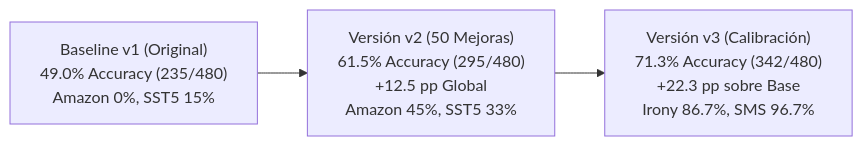
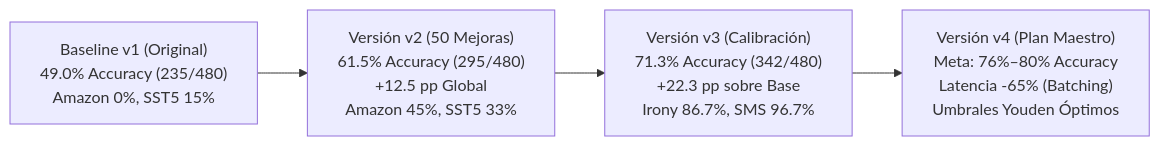
The first of 3 diagrams in ARQUITECTURA_TOKENSAFE_REMASTER.md (fenixninja/TokenSave.fenix.ninja), drawn with Mermaid before and after one commit. The commit also changed 1 other file, not shown here.

Commit message:
feat(v4-phase3): implement unified multi-field query batching, boolq salient acceleration and docs

````diff
--- a/ARQUITECTURA_TOKENSAFE_REMASTER.md
+++ b/ARQUITECTURA_TOKENSAFE_REMASTER.md
@@ -14,5 +14,6 @@
 ```mermaid
 flowchart LR
     A["Baseline v1 (Original)<br>49.0% Accuracy (235/480)<br>Amazon 0%, SST5 15%"] --> B["Versión v2 (50 Mejoras)<br>61.5% Accuracy (295/480)<br>+12.5 pp Global<br>Amazon 45%, SST5 33%"]
     B --> C["Versión v3 (Calibración)<br>71.3% Accuracy (342/480)<br>+22.3 pp sobre Base<br>Irony 86.7%, SMS 96.7%"]
+    C --> D["Versión v4 (Plan Maestro)<br>Meta: 76%–80% Accuracy<br>Latencia -65% (Batching)<br>Umbrales Youden Óptimos"]
 ```
````
